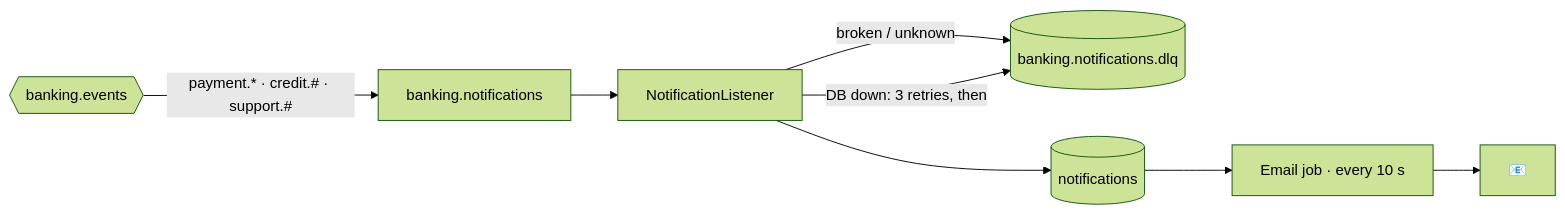
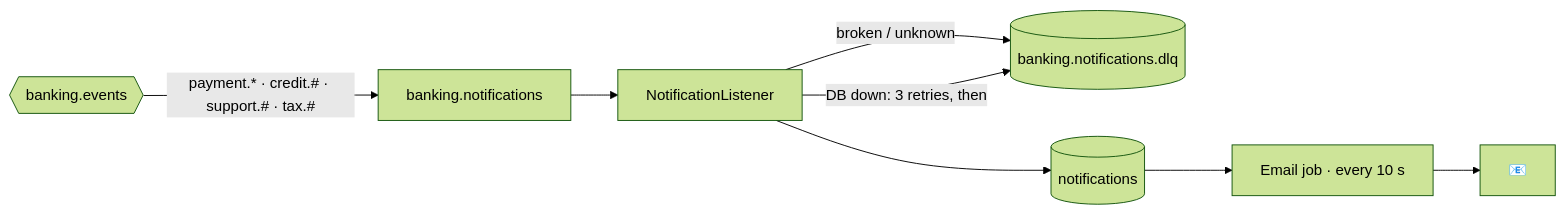
One commit to VitaliyProgrammer/digital-banking-application changed the second of 2 diagrams in docs/events.md. Above: the diagram before and after it, drawn with Mermaid (forest theme). The commit also changed other lines of this file and 41 other files, not shown here.

````diff
--- a/docs/events.md
+++ b/docs/events.md
@@ -68,9 +69,9 @@
 ```mermaid
 flowchart LR
-    MQ{{banking.events}} -- "payment.* · credit.#35; · support.#35;" --> Q[banking.notifications]
+    MQ{{banking.events}} -- "payment.* · credit.#35; · support.#35; · tax.#35;" --> Q[banking.notifications]
     Q --> L[NotificationListener]
     L -- broken / unknown --> DLQ[(banking.notifications.dlq)]
     L -- DB down: 3 retries, then --> DLQ
     L --> N[(notifications)]
     N --> J[Email job · every 10 s] --> SMTP[📧]
 ```
````
